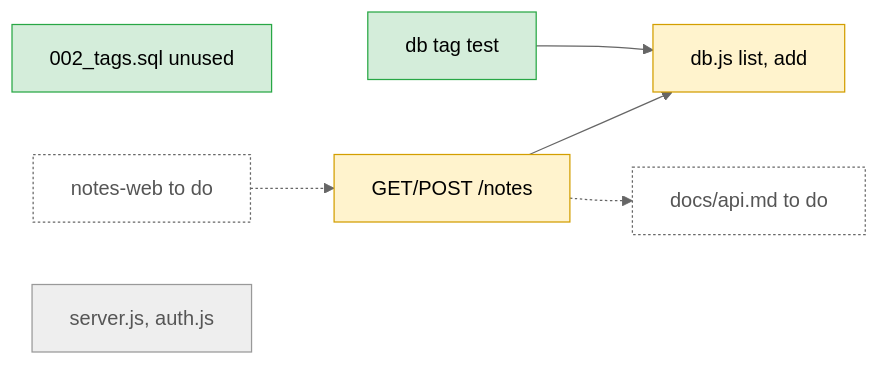
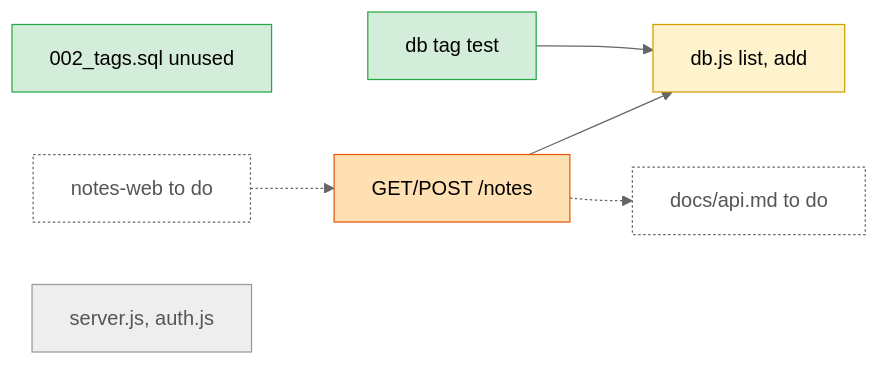
The fourth of 5 diagrams in skills/blast-radius/examples/example-before-after.md (BaiGanio/skills), drawn with Mermaid (neutral theme) before and after one commit. The commit also changed other lines of this file and 1 other file, not shown here.

Commit message:
Diagrams: a box gets the biggest size of the parts it touches
A box takes the biggest of its Design, Architecture, and Contracts
sizes. The example route box (Design M, changes the public API) is now
L in the BEFORE and the AFTER impact maps.
Fixes #36.

````diff
--- a/skills/blast-radius/examples/example-before-after.md
+++ b/skills/blast-radius/examples/example-before-after.md
@@ -159,14 +159,15 @@
 ```mermaid
 flowchart LR
-  Route[GET/POST /notes]:::m --> Store[db.js list, add]:::m
+  Route[GET/POST /notes]:::l --> Store[db.js list, add]:::m
   Test[db tag test]:::s --> Store
   Mig[002_tags.sql unused]:::s
   Route -.-> Doc[docs/api.md to do]
   Web[notes-web to do] -.-> Route
   Server[server.js, auth.js]:::same
   class Doc,Web todo
   classDef s fill:#d4edda,stroke:#28a745,color:#000
   classDef m fill:#fff3cd,stroke:#d39e00,color:#000
+  classDef l fill:#ffe0b2,stroke:#e8590c,color:#000
   classDef same fill:#eeeeee,stroke:#999999,color:#555
   classDef todo fill:#ffffff,stroke:#666666,color:#555,stroke-dasharray: 2 2
 ```
````
